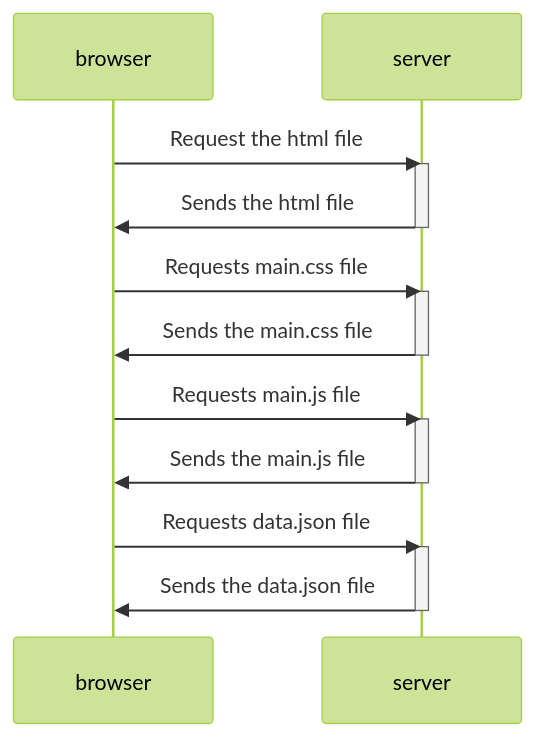
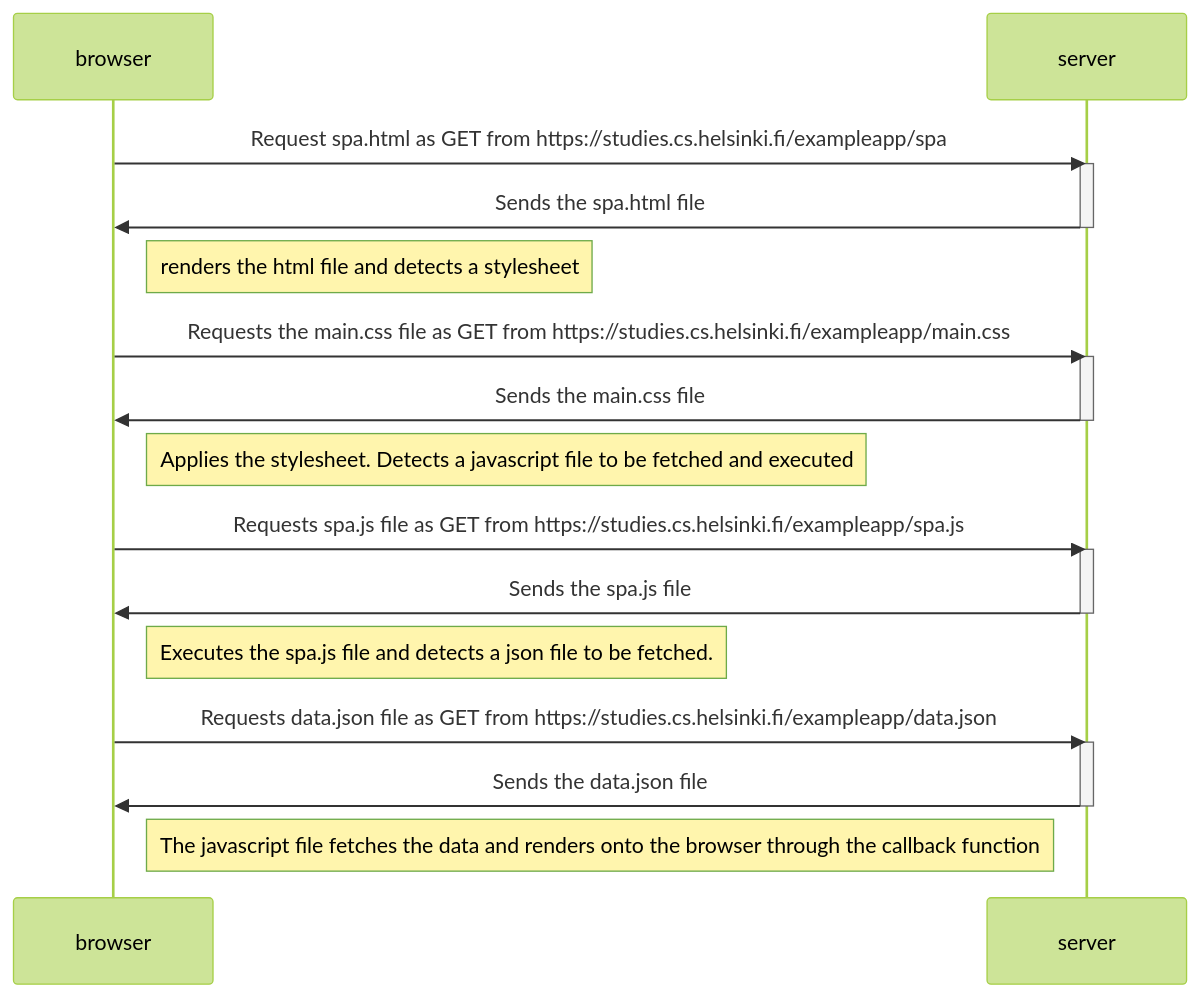
One commit to Deepesh2023/full-stack-open changed the diagram in part_0/spa_diagram.md. Above: the diagram before and after it, drawn with Mermaid (forest theme).

Commit message:
added more details to spa_diagram

````diff
--- a/part_0/spa_diagram.md
+++ b/part_0/spa_diagram.md
@@ -1,29 +1,36 @@
 ```mermaid
     sequenceDiagram
     
     participant browser
     participant server
     
-        browser->>server: Request the html file
+        browser->>server: Request spa.html as GET from https://studies.cs.helsinki.fi/exampleapp/spa
         activate server
-        server->>browser: Sends the html file
+        server->>browser: Sends the spa.html file
         deactivate server
         
-        browser->>server: Requests main.css file
+        Note right of browser: renders the html file and detects a stylesheet
+        
+        browser->>server: Requests the main.css file as GET from https://studies.cs.helsinki.fi/exampleapp/main.css
         activate server
         server->>browser: Sends the main.css file
         deactivate server
         
-        browser->>server: Requests main.js file
+        Note right of browser: Applies the stylesheet. Detects a javascript file to be fetched and executed
+        
+        browser->>server: Requests spa.js file as GET from https://studies.cs.helsinki.fi/exampleapp/spa.js
         activate server
-        server->>browser: Sends the main.js file
+        server->>browser: Sends the spa.js file
         deactivate server
         
+        Note right of browser: Executes the spa.js file and detects a json file to be fetched.
         
-        browser->>server: Requests data.json file
+        browser->>server: Requests data.json file as GET from https://studies.cs.helsinki.fi/exampleapp/data.json
         activate server
         server->>browser: Sends the data.json file
         deactivate server
         
+        Note right of browser: The javascript file fetches the data and renders onto the browser through the callback function
+        
         
 ```
````
